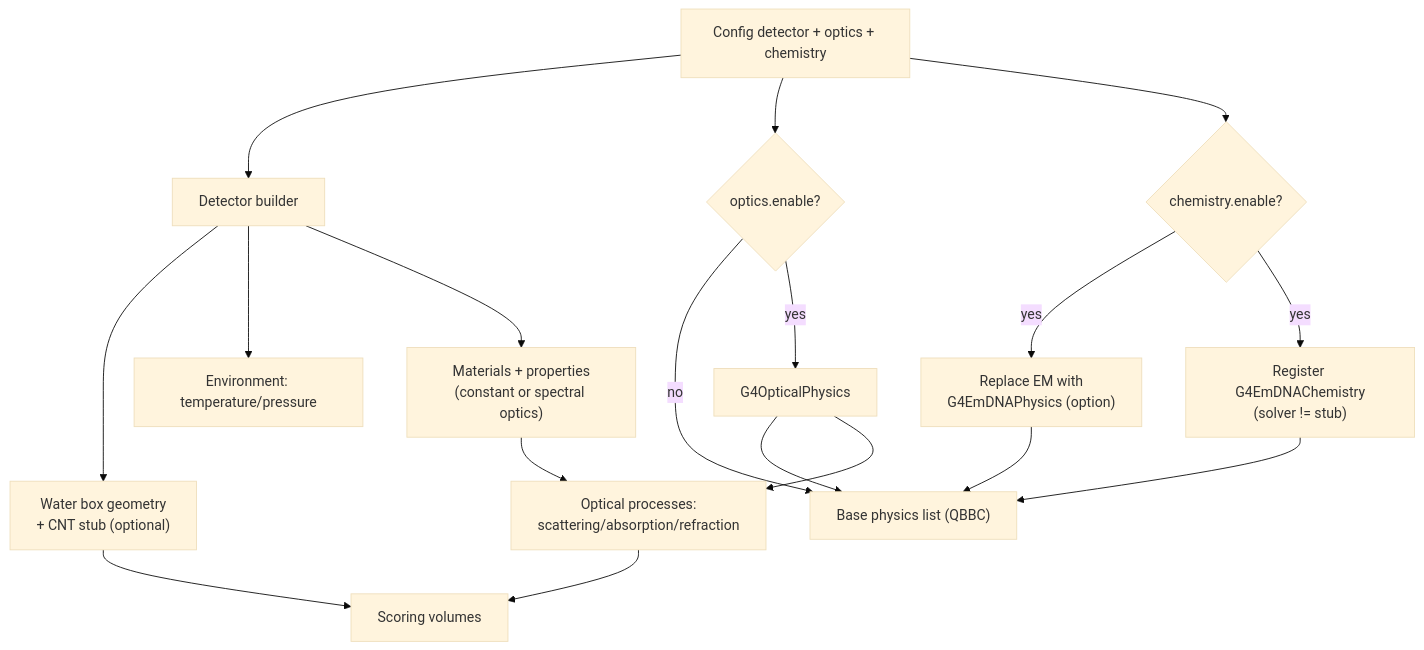
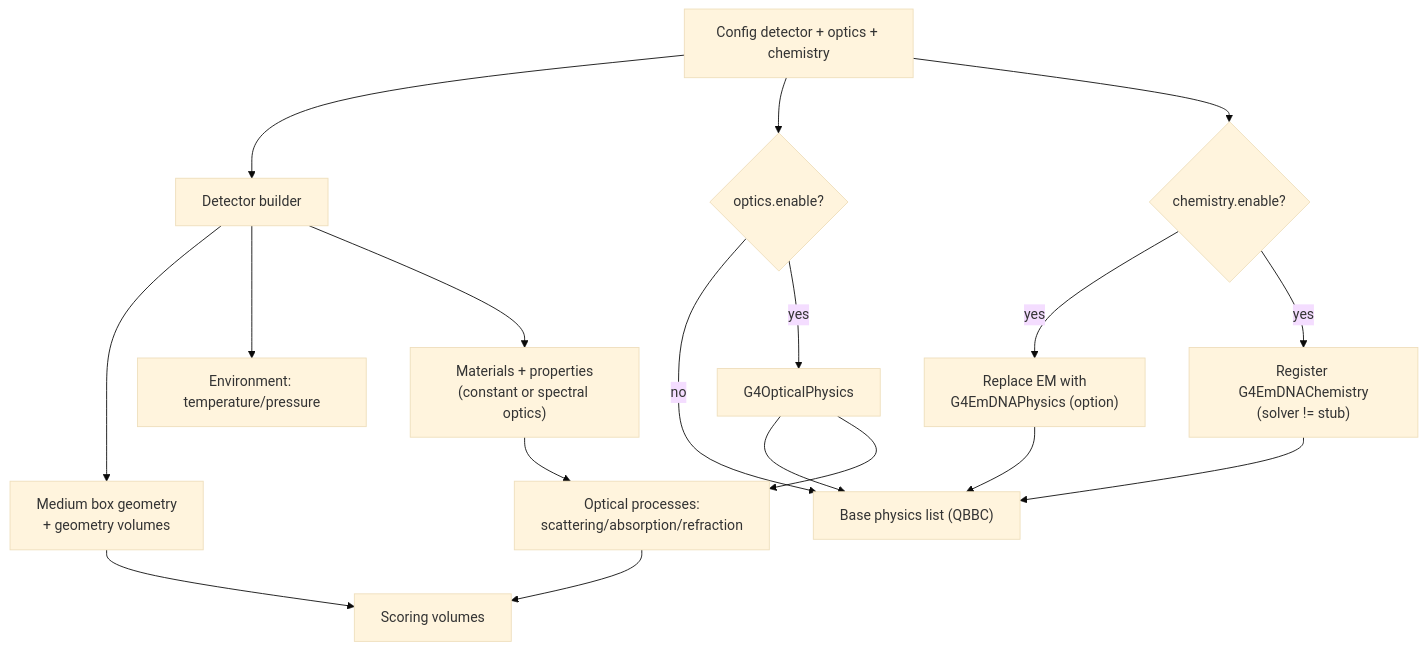
Before and after one commit to Geckos-Ink/trech: the third of 8 diagrams in CHARTS.md, drawn with Mermaid (base theme). The commit also changed other lines of this file and 32 other files, not shown here.

````diff
--- a/CHARTS.md
+++ b/CHARTS.md
@@ -68,20 +68,20 @@
 ```mermaid
 flowchart TB
   CFG["Config detector + optics + chemistry"] --> DETB["Detector builder"]
-  DETB --> GEO["Water box geometry\n+ CNT stub (optional)"]
+  DETB --> GEO["Medium box geometry\n+ geometry volumes"]
   DETB --> ENV["Environment: temperature/pressure"]
   DETB --> MAT["Materials + properties\n(constant or spectral optics)"]
   CFG --> OPT{optics.enable?}
   CFG --> CHEM{chemistry.enable?}
   OPT -- no --> PHYBASE["Base physics list (QBBC)"]
   OPT -- yes --> OPTPHYS["G4OpticalPhysics"]
   OPTPHYS --> PHYBASE
   CHEM -- yes --> DNAPHYS["Replace EM with\nG4EmDNAPhysics (option)"]
   CHEM -- yes --> DNACHEM["Register G4EmDNAChemistry\n(solver != stub)"]
   DNAPHYS --> PHYBASE
   DNACHEM --> PHYBASE
   OPTPHYS --> OP["Optical processes:\nscattering/absorption/refraction"]
   MAT --> OP
   GEO --> SD["Scoring volumes"]
   OP --> SD
 ```
````
